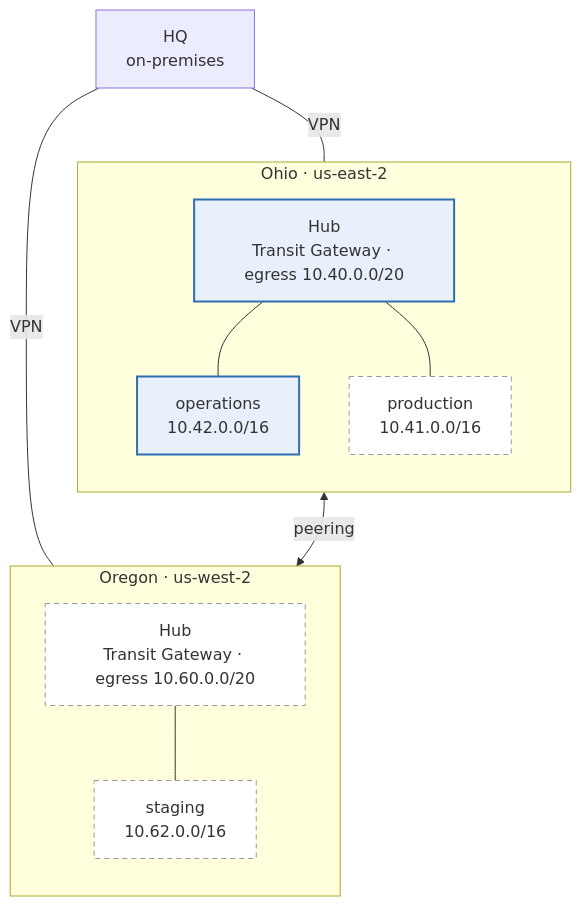
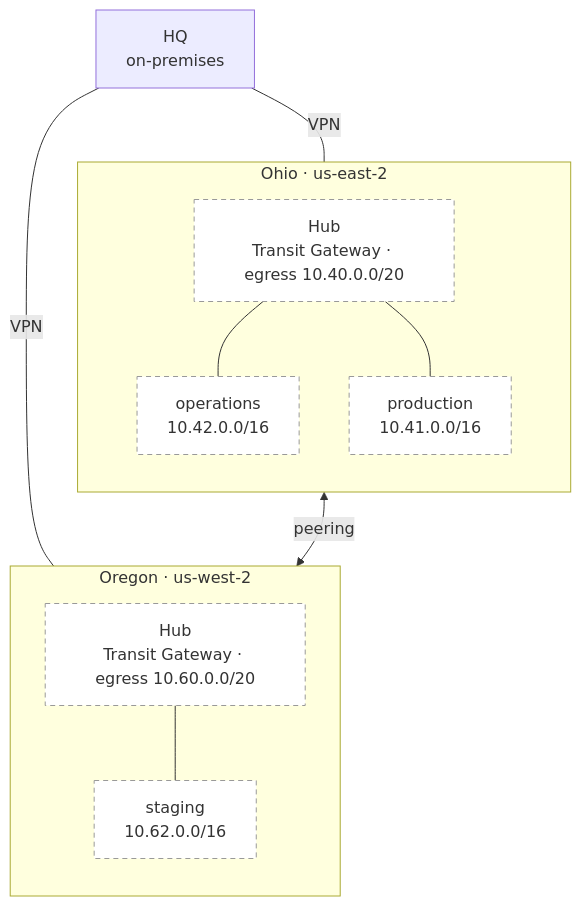
One commit to justin-samuel12/terraform-aws-scaffold changed the diagram in docs/diagram.md. Above: the diagram before and after it, drawn with Mermaid. The commit also changed other lines of this file and 137 other files, not shown here.

````diff
--- a/docs/diagram.md
+++ b/docs/diagram.md
@@ -6,23 +6,23 @@
 ```mermaid
 flowchart TB
   hq["HQ<br/>on-premises"]
   subgraph us_east_2["Ohio · us-east-2"]
     direction TB
-    hub_us_east_2["Hub<br/>Transit Gateway · egress 10.40.0.0/20"]:::built
-    operations_us_east_2["operations<br/>10.42.0.0/16"]:::built
+    hub_us_east_2["Hub<br/>Transit Gateway · egress 10.40.0.0/20"]:::planned
+    operations_us_east_2["operations<br/>10.42.0.0/16"]:::planned
     production_us_east_2["production<br/>10.41.0.0/16"]:::planned
   end
   subgraph us_west_2["Oregon · us-west-2"]
     direction TB
     hub_us_west_2["Hub<br/>Transit Gateway · egress 10.60.0.0/20"]:::planned
     staging_us_west_2["staging<br/>10.62.0.0/16"]:::planned
   end
   hq ---|VPN| hub_us_east_2
   hub_us_east_2 --- operations_us_east_2
   hub_us_east_2 --- production_us_east_2
   hq ---|VPN| hub_us_west_2
   hub_us_west_2 --- staging_us_west_2
   hub_us_east_2 <-->|peering| hub_us_west_2
   classDef built fill:#e8f1fb,stroke:#2f6fb3,stroke-width:2px
   classDef planned fill:#ffffff,stroke:#999999,stroke-dasharray:5 4
 ```
````
